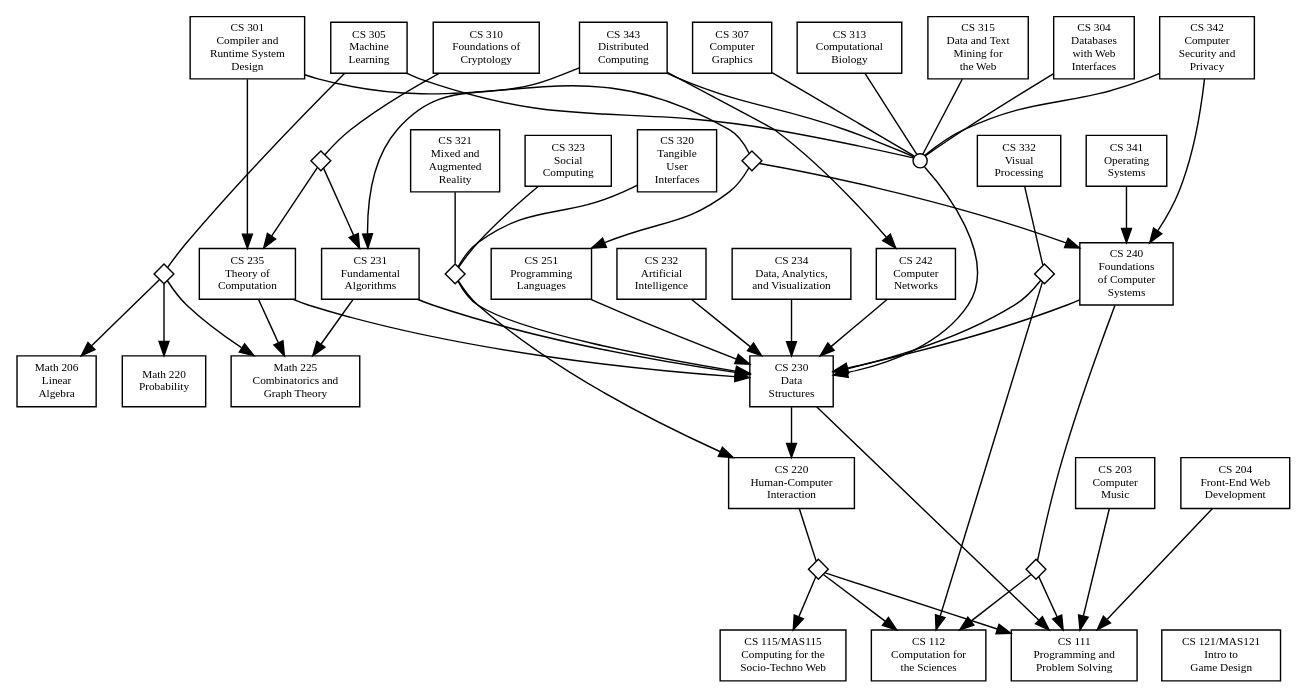
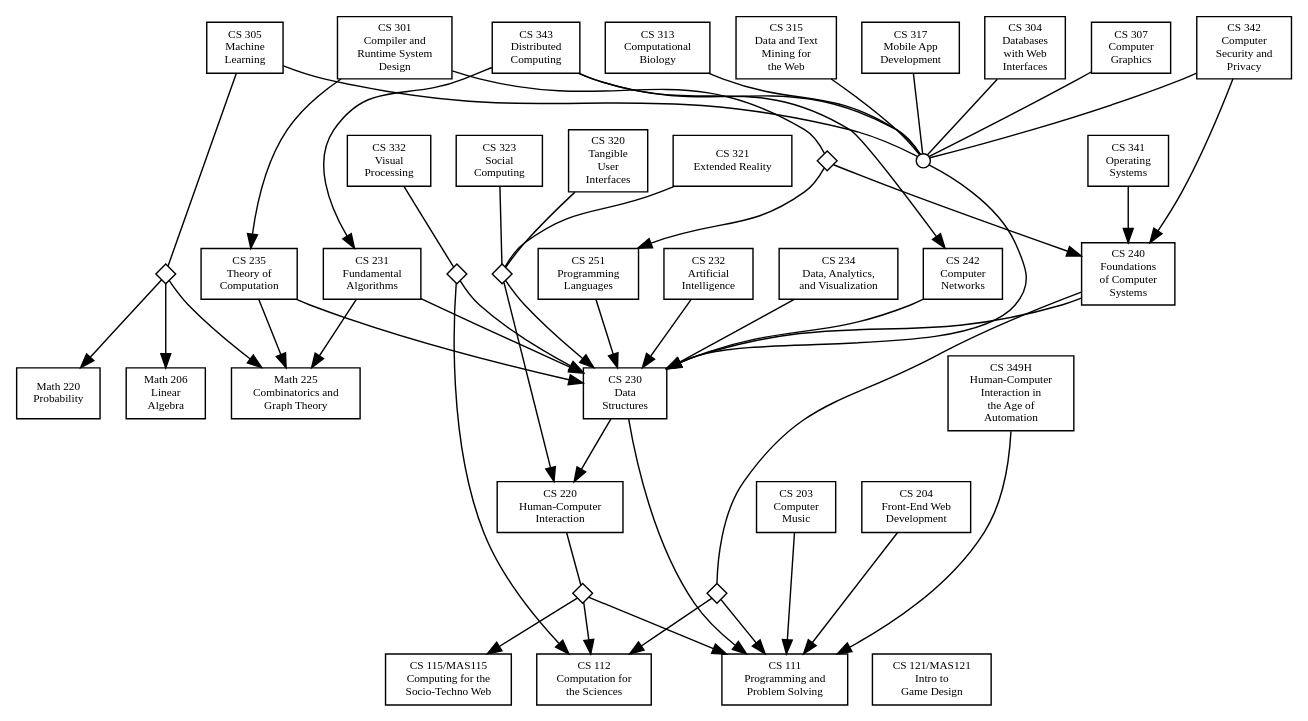
The diagram in prereqs.dot (solsword/prereqs), drawn with Graphviz before and after one commit.

Commit message:
In prereqs.dot, added CS317 and CS349H; removed CS310. But result doesn't look pretty.

```diff
--- a/prereqs.dot
+++ b/prereqs.dot
@@ -1,127 +1,129 @@
 digraph Course_Prerequisites {
   // Default properties for every node
   node [shape="rectangle", fontsize="8", style="filled", fillcolor="white"];
 
   // Nodes (classes plus grouping nodes)
   cs111 [label="CS 111\nProgramming and\nProblem Solving", class="core intro"]
   cs112 [label="CS 112\nComputation for\nthe Sciences", class="intro"]
   cs115 [label="CS 115/MAS115\nComputing for the\nSocio-Techno Web", class="intro"]
   cs121 [label="CS 121/MAS121\nIntro to\nGame Design", class="intro"]
 
   cs230 [label="CS 230\nData\nStructures", class="core"]
   cs230up [label="", shape="circle", width="0.14", height="0.14", class="group"]
   cs240 [label="CS 240\nFoundations\nof Computer\nSystems", class="core"]
   cs111or112 [label="", shape="diamond", width="0.2", height="0.2", class="opt"]
   cs231 [label="CS 231\nFundamental\nAlgorithms", class="core"]
   cs235 [label="CS 235\nTheory of\nComputation", class="core"]
   cs251 [label="CS 251\nProgramming\nLanguages", class="core"] 
   cs230 -> cs220 [class="invisible"]
 
   math225 [label="Math 225\nCombinatorics and\nGraph Theory", class="math required"]
   math206 [label="Math 206\nLinear\nAlgebra", class="math"]
   math220 [label="Math 220\nProbability", class="math"]
 
   cs203 [label="CS 203\nComputer\nMusic", class="elective spring"]
-  cs204 [label="CS 204\nFront-End Web\nDevelopment", class="elective"]
+  cs204 [label="CS 204\nFront-End Web\nDevelopment", class="elective fall"]
   cs220 [label="CS 220\nHuman-Computer\nInteraction", class="elective"]
   cs111or112or115 [label="", shape="diamond", width="0.2", height="0.2", class="opt"]
   cs232 [label="CS 232\nArtificial\nIntelligence", class="elective spring"]
   cs234 [label="CS 234\nData, Analytics,\nand Visualization", class="elective fall"]
-  cs242 [label="CS 242\nComputer\nNetworks", class="elective notoffered"]
+  cs242 [label="CS 242\nComputer\nNetworks", class="elective fall"]
 
-  cs301 [label="CS 301\nCompiler and\nRuntime System\nDesign", class="elective notoffered"]
-  cs250or251 [label="", shape="diamond", width="0.2", height="0.2", class="opt"]
+  cs301 [label="CS 301\nCompiler and\nRuntime System\nDesign", class="elective spring"]
+  cs240or251 [label="", shape="diamond", width="0.2", height="0.2", class="opt"]
   cs304 [label="CS 304\nDatabases\nwith Web\nInterfaces", class="elective"]
-  cs305 [label="CS 305\nMachine\nLearning", class="elective"]
+  cs305 [label="CS 305\nMachine\nLearning", class="elective notoffered"]
   math225or206or220 [label="", shape="diamond", width="0.2", height="0.2", class="opt"]
-  cs307 [label="CS 307\nComputer\nGraphics", class="elective fall"]
-  cs310 [label="CS 310\nFoundations of\nCryptology", class="elective notoffered"]
-  cs231or235 [label="", shape="diamond", width="0.2", height="0.2", class="opt"]
-  cs313 [label="CS 313\nComputational\nBiology", class="elective fall"]
-  cs315 [label="CS 315\nData and Text\nMining for\nthe Web", class="elective notoffered"]
+  cs307 [label="CS 307\nComputer\nGraphics", class="elective spring"]
+  cs313 [label="CS 313\nComputational\nBiology", class="elective notoffered"]
+  cs315 [label="CS 315\nData and Text\nMining for\nthe Web", class="elective fall"]
+  cs317 [label="CS 317\nMobile App\nDevelopment", class="elective spring"]
   cs230or220 [label="", shape="diamond", width="0.2", height="0.2", class="opt"]
-  cs320 [label="CS 320\nTangible\nUser\nInterfaces", class="elective notoffered"]
-  cs321 [label="CS 321\nMixed and\nAugmented\nReality", class="elective spring"]
-  cs323 [label="CS 323\nSocial\nComputing", class="elective fall"]
+  cs320 [label="CS 320\nTangible\nUser\nInterfaces", class="elective fall"]
+  cs321 [label="CS 321\nExtended Reality", class="elective spring"]
+  cs323 [label="CS 323\nSocial\nComputing", class="elective notoffered"]
 
-  cs332 [label="CS 332\nVisual\nProcessing", class="elective notoffered"]
+  cs332 [label="CS 332\nVisual\nProcessing", class="elective fall"]
   cs112or230 [label="", shape="diamond", width="0.2", height="0.2", class="opt"]
-  cs341 [label="CS 341\nOperating\nSystems", class="elective notoffered"]
-  cs342 [label="CS 342\nComputer\nSecurity and\nPrivacy", class="elective spring"]
-  cs343 [label="CS 343\nDistributed\nComputing", class="elective spring"]
+  cs341 [label="CS 341\nOperating\nSystems", class="elective fall"]
+  cs342 [label="CS 342\nComputer\nSecurity and\nPrivacy", class="elective fall"]
+  cs343 [label="CS 343\nDistributed\nComputing", class="elective notoffered"]
+  cs349H [label="CS 349H\nHuman-Computer\nInteraction in\nthe Age of\nAutomation", class="elective spring"]
 
   // Arrangement of the nodes into rank groups
   {rank=same cs111 cs112 cs115 cs121}
 
   {rank=same cs203 cs204 cs220}
 
   {rank=same
     cs230
     math206 math220 math225
+    cs349H
   }
 
   {rank=same
     cs240
     cs231 cs235 cs251
     cs232 cs234 cs242
   }
 
   {rank=same
     cs301
-    cs310
+    cs317
 
     cs304 cs305 cs307
     cs313 cs315
     cs342 cs343
   }
 
   {rank=same
     cs320 cs321 cs323
     cs332
     cs341
   }
 
   // Edges (course prerequisites)
   // In some ca
   cs203 -> cs111
   cs204 -> cs111
   cs220 -> cs111or112or115 [arrowhead="none", class="options"]
   cs111or112or115 -> { cs111, cs112, cs115 } [class="option"]
 
   cs230 -> cs111
   cs230up -> cs230
   cs240 -> cs230
   cs240 -> cs111or112 [arrowhead="none", class="options"]
   cs111or112 -> { cs111, cs112 } [class="option"]
   cs231 -> { cs230, math225 }
   cs235 -> { cs230, math225 }
   cs251 -> cs230
 
   cs232 -> cs230
   cs234 -> cs230
   cs242 -> cs230
 
-  cs301 -> cs250or251 [arrowhead="none", class="options"]
-  cs250or251 -> { cs240, cs251 } [class="option"]
+  cs301 -> cs240or251 [arrowhead="none", class="options"]
+  cs240or251 -> { cs240, cs251 } [class="option"]
   cs301 -> cs235 [class="recommended"]
   cs304 -> cs230up [arrowhead="none", class="grouping"]
   cs305 -> cs230up [arrowhead="none", class="grouping"]
   cs305 -> math225or206or220 [arrowhead="none", class="options"]
   math225or206or220 -> { math225, math206, math220 } [class="option"]
   cs307 -> cs230up [arrowhead="none", class="grouping"]
-  cs310 -> cs231or235 [arrowhead="none", class="options"]
-  cs231or235 -> { cs231, cs235 } [class="option"]
+  cs317 -> cs230up [arrowhead="none", class="grouping"]
+
   cs313 -> cs230up [arrowhead="none", class="grouping"]
   cs315 -> cs230up [arrowhead="none", class="grouping"]
   cs320 -> cs230or220 [arrowhead="none", class="options"]
   cs230or220 -> { cs220, cs230 } [class="option"]
   cs321 -> cs230or220 [arrowhead="none", class="options"]
   cs323 -> cs230or220 [arrowhead="none", class="options"]
   cs332 -> cs112or230 [arrowhead="none", class="options"]
   cs112or230 -> { cs112, cs230 } [class="option"]
   cs341 -> cs240
   cs342 -> cs230up [arrowhead="none", class="grouping"]
   cs342 -> cs240
   cs343 -> cs230up [arrowhead="none", class="grouping"]
   cs343 -> { cs231, cs242 } [class="recommended"]
+  cs349H -> cs111 // Much more complicated than this!
 }
```
